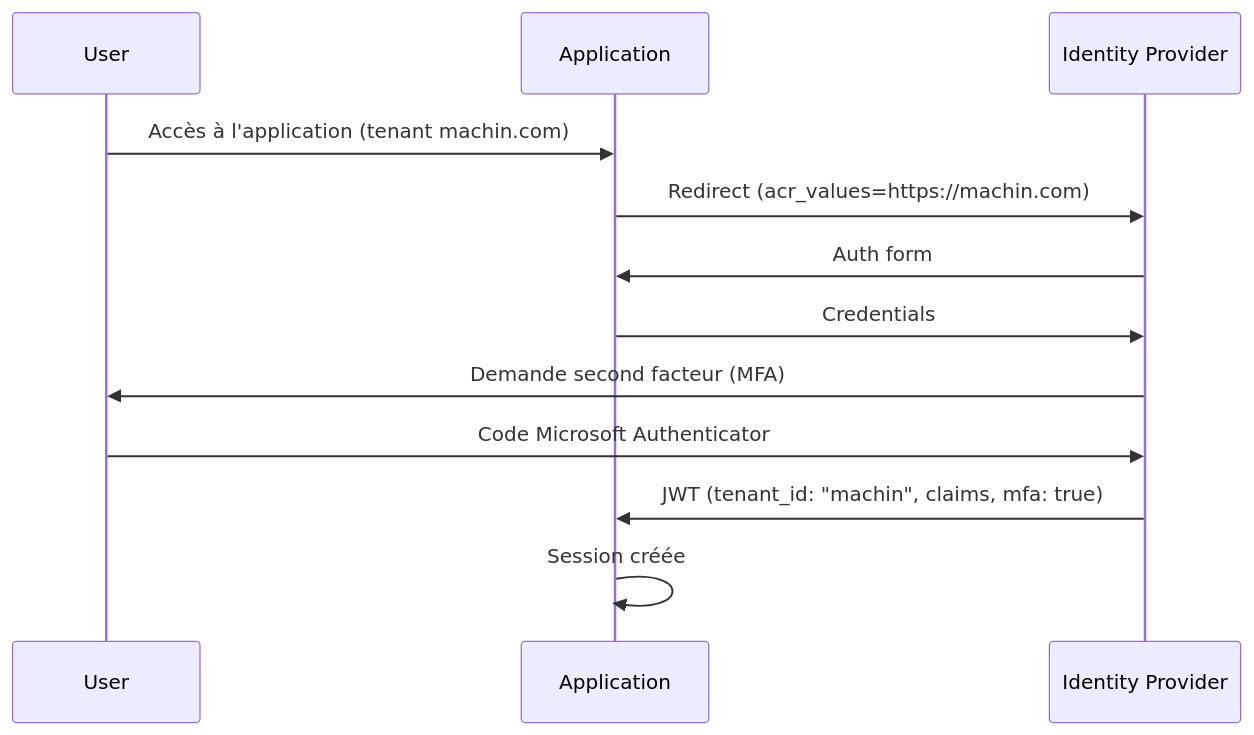
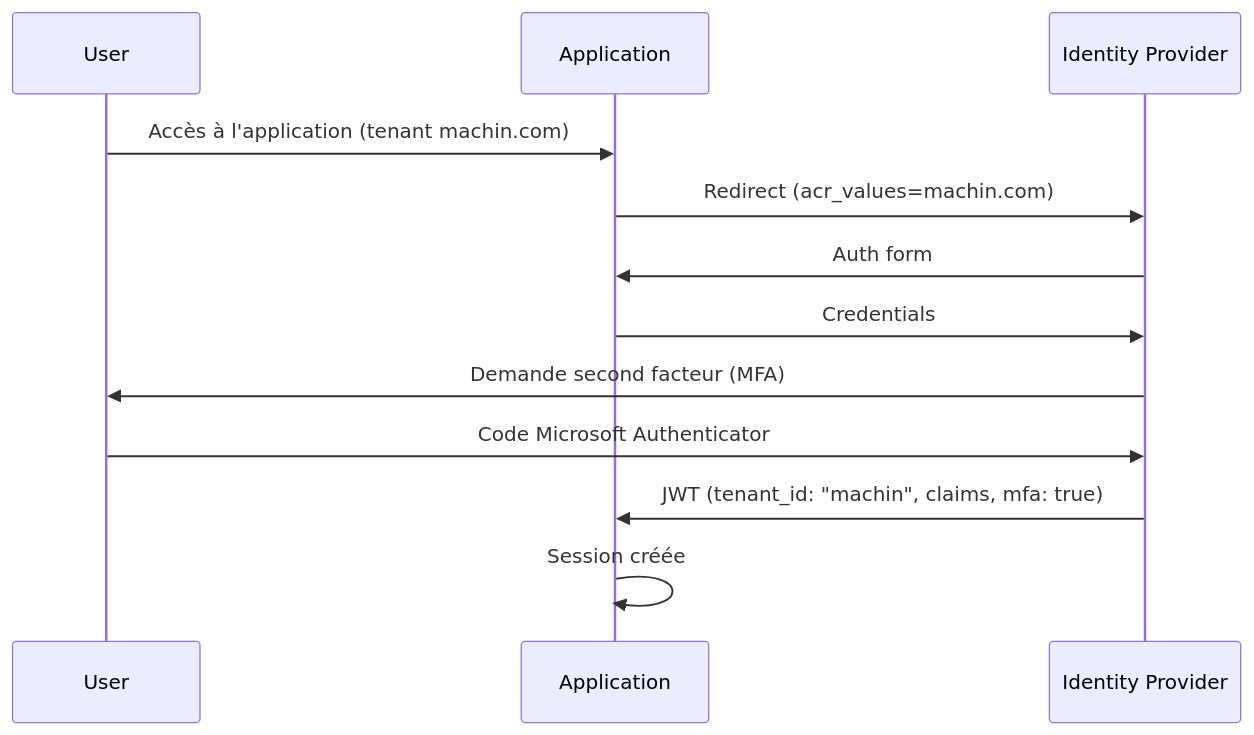
Before and after one commit to FantasticJoho/johodp: the fifth of 8 diagrams in docs/identity-flows-mermaid-mfa.md, drawn with Mermaid. The commit also changed other lines of this file and 1 other file, not shown here.

Commit message:
feat: Enhance onboarding flow diagrams with MFA and API integration details

````diff
--- a/docs/identity-flows-mermaid-mfa.md
+++ b/docs/identity-flows-mermaid-mfa.md
@@ -39,15 +103,15 @@
 ```mermaid
 sequenceDiagram
     participant User
     participant App as Application
     participant IdP as Identity Provider
 
     User->>App: Accès à l'application (tenant machin.com)
-    App->>IdP: Redirect (acr_values=https://machin.com)
+    App->>IdP: Redirect (acr_values=machin.com)
     IdP->>App: Auth form
     App->>IdP: Credentials
     IdP->>User: Demande second facteur (MFA)
     User->>IdP: Code Microsoft Authenticator
     IdP->>App: JWT (tenant_id: "machin", claims, mfa: true)
     App->>App: Session créée
 ```
````
